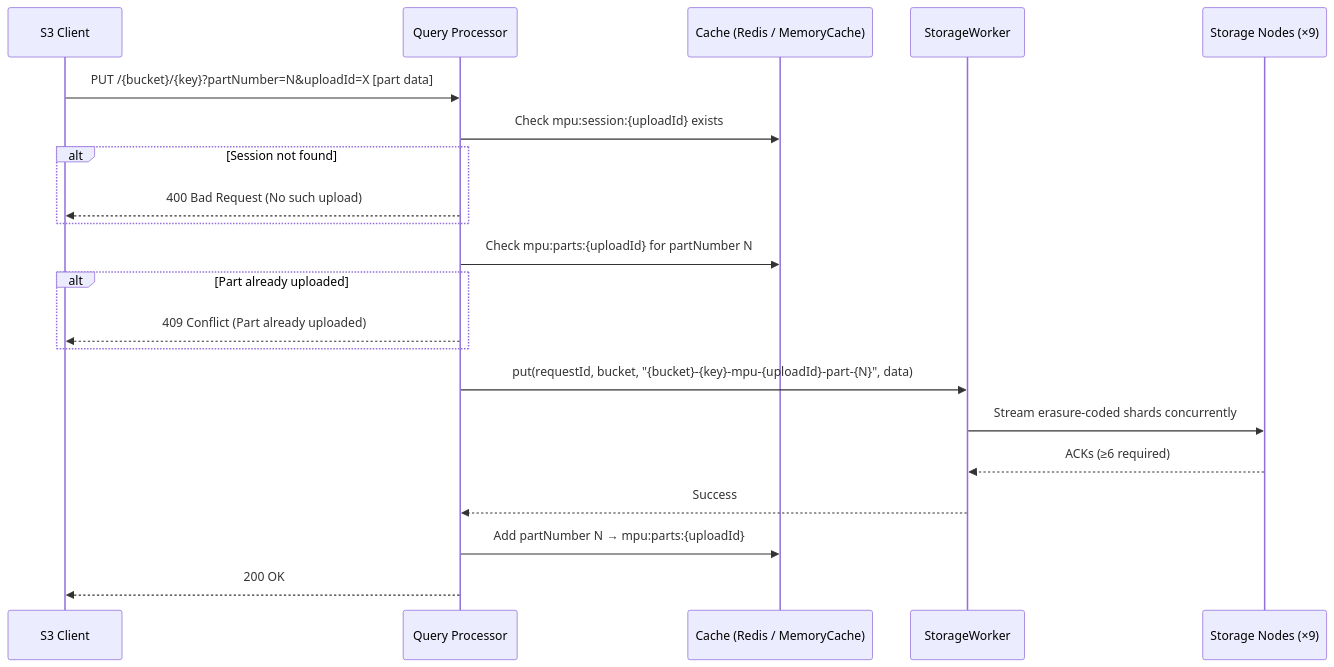
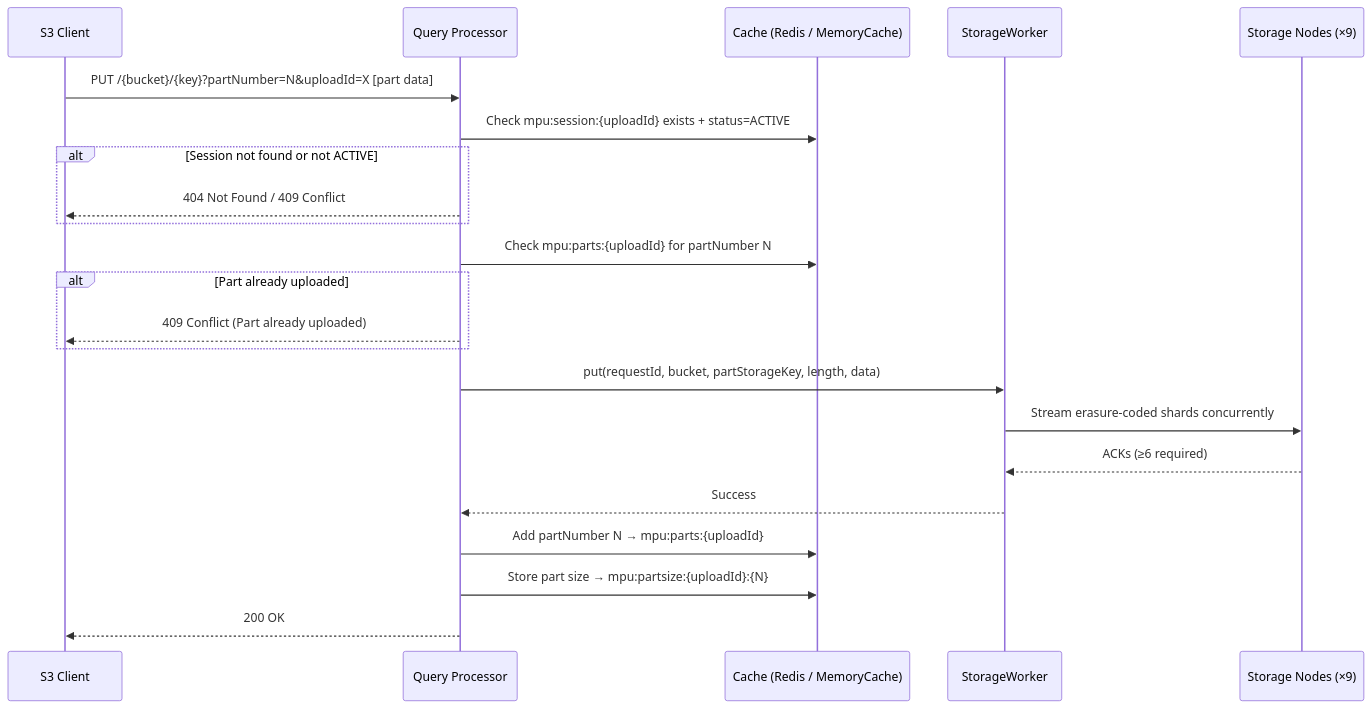
Before and after one commit to S26-Distributed-Capstone/Koop: diagram 12 of 16 in docs/workflow.md, drawn with Mermaid. The commit also changed other lines of this file, not shown here.

Commit message:
Update workflow documentation to reflect Kafka/pub/sub integration and clarify multipart upload processes (AI)

````diff
--- a/docs/workflow.md
+++ b/docs/workflow.md
@@ -343,24 +330,25 @@
 ```mermaid
 sequenceDiagram
     participant C as S3 Client
     participant QP as Query Processor
     participant Cache as Cache (Redis / MemoryCache)
     participant SW as StorageWorker
     participant SN as Storage Nodes (×9)
 
     C->>QP: PUT /{bucket}/{key}?partNumber=N&uploadId=X [part data]
-    QP->>Cache: Check mpu:session:{uploadId} exists
-    alt Session not found
-        QP-->>C: 400 Bad Request (No such upload)
+    QP->>Cache: Check mpu:session:{uploadId} exists + status=ACTIVE
+    alt Session not found or not ACTIVE
+        QP-->>C: 404 Not Found / 409 Conflict
     end
     QP->>Cache: Check mpu:parts:{uploadId} for partNumber N
     alt Part already uploaded
         QP-->>C: 409 Conflict (Part already uploaded)
     end
-    QP->>SW: put(requestId, bucket, "{bucket}-{key}-mpu-{uploadId}-part-{N}", data)
+    QP->>SW: put(requestId, bucket, partStorageKey, length, data)
     SW->>SN: Stream erasure-coded shards concurrently
     SN-->>SW: ACKs (≥6 required)
     SW-->>QP: Success
     QP->>Cache: Add partNumber N → mpu:parts:{uploadId}
+    QP->>Cache: Store part size → mpu:partsize:{uploadId}:{N}
     QP-->>C: 200 OK
 ```
````
